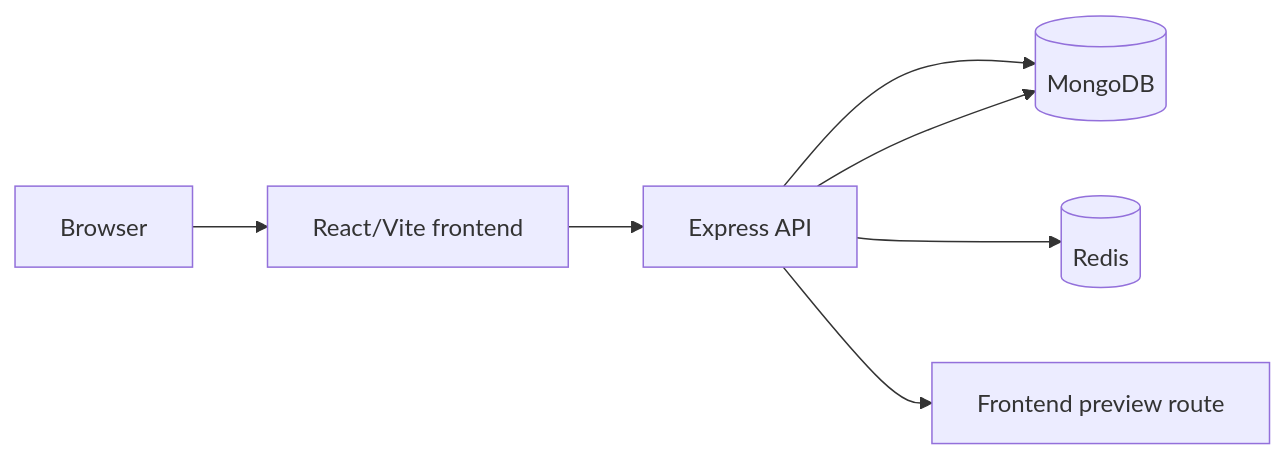
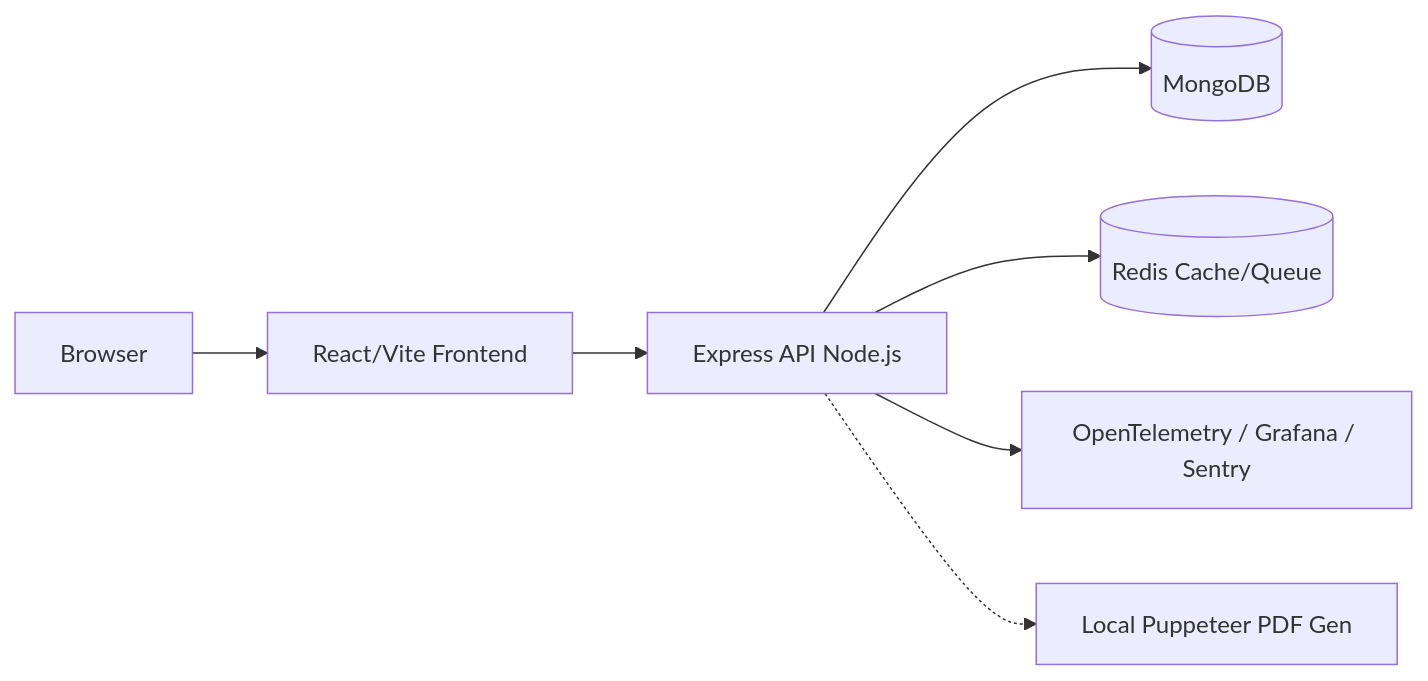
The diagram in README.md (Rahul-Karki/Resume-Builder-Project), drawn with Mermaid before and after one commit. The commit also changed other lines of this file and 2 other files, not shown here.

````diff
--- a/README.md
+++ b/README.md
@@ -14,9 +48,9 @@
 ```mermaid
 flowchart LR
-  Browser[Browser] --> Frontend[React/Vite frontend]
-  Frontend --> API[Express API]
+  Browser[Browser] --> Frontend[React/Vite Frontend]
+  Frontend --> API[Express API Node.js]
   API --> Mongo[(MongoDB)]
-  API --> Mongo[(MongoDB)]
-  API --> Redis[(Redis)]
-  API --> FrontendPreview[Frontend preview route]
+  API --> Redis[(Redis Cache/Queue)]
+  API --> OTel[OpenTelemetry / Grafana / Sentry]
+  API -.-> Puppeteer[Local Puppeteer PDF Gen]
 ```
````
